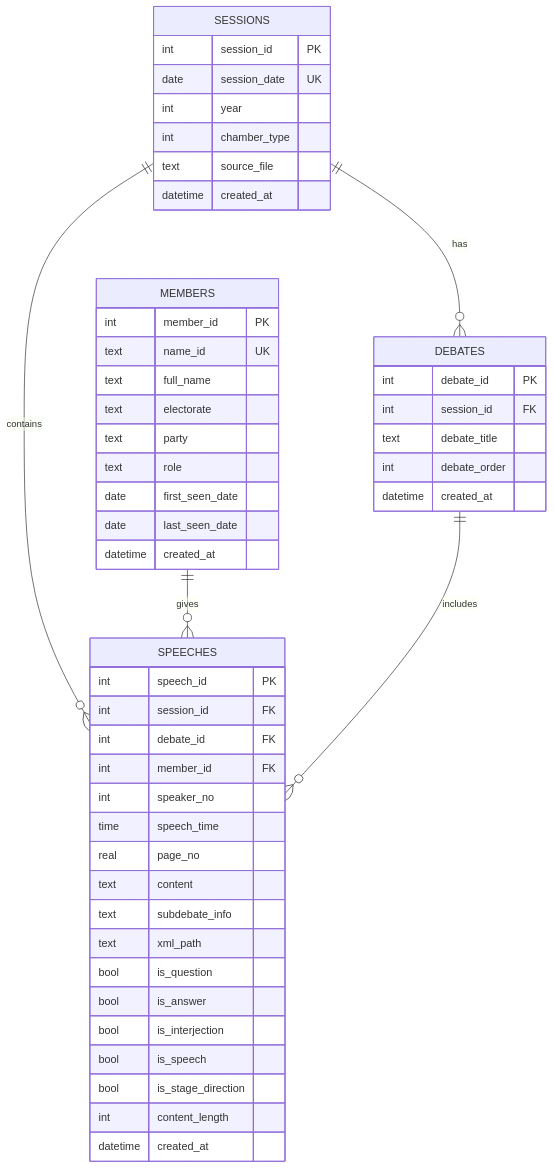
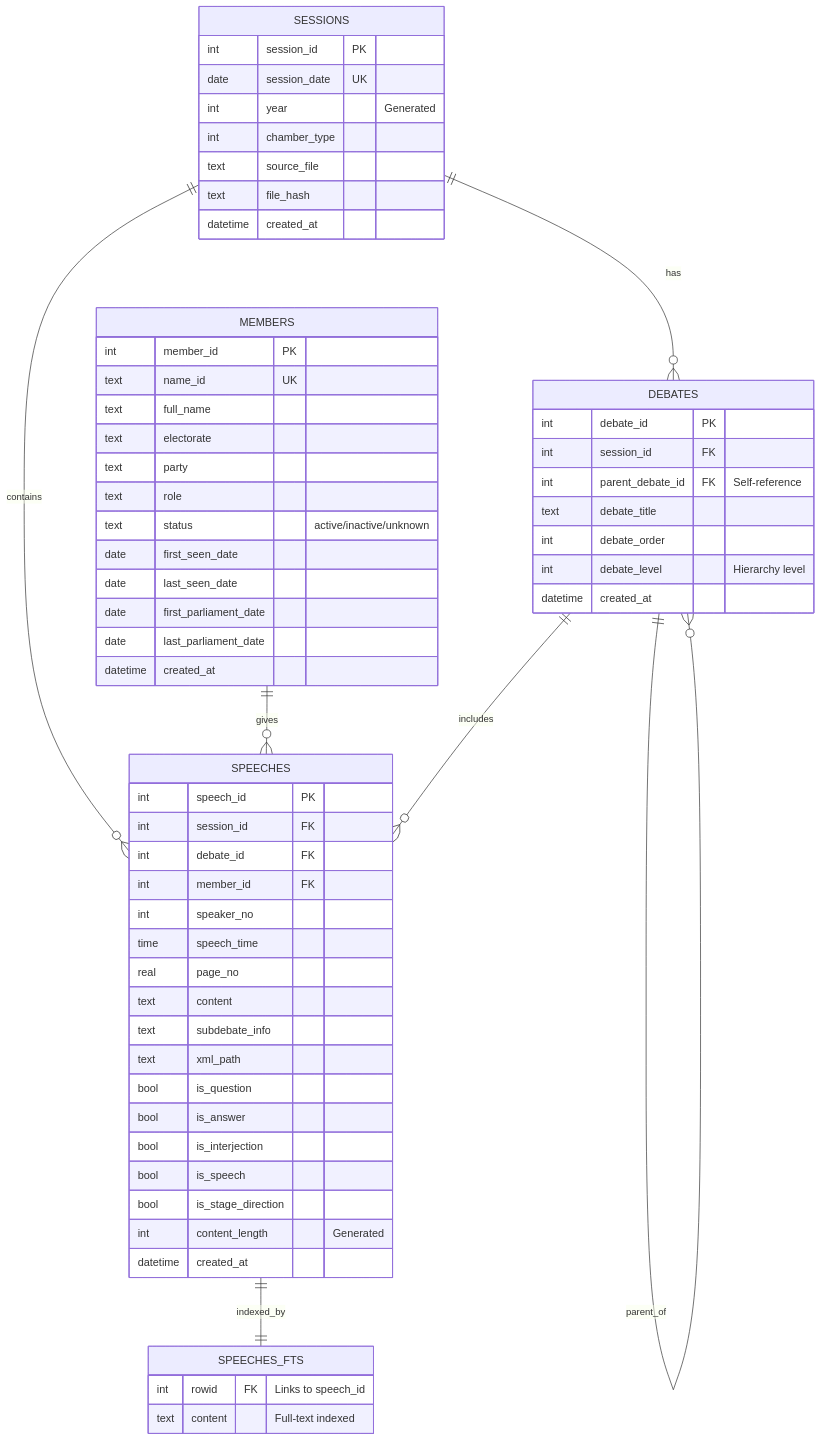
The first of 2 diagrams in README.Rmd (Australian-Parliamentary-Speech/hansardR), drawn with Mermaid before and after one commit. The commit also changed other lines of this file and 13 other files, not shown here.

Commit message:
Update database schema

````diff
--- a/README.Rmd
+++ b/README.Rmd
@@ -130,56 +136,69 @@
 ```mermaid
 erDiagram
     SESSIONS {
         int session_id PK
         date session_date UK
-        int year
+        int year "Generated"
         int chamber_type
         text source_file
+        text file_hash
         datetime created_at
     }
     
     MEMBERS {
         int member_id PK
         text name_id UK
         text full_name
         text electorate
         text party
         text role
+        text status "active/inactive/unknown"
         date first_seen_date
         date last_seen_date
+        date first_parliament_date
+        date last_parliament_date
         datetime created_at
     }
     
     DEBATES {
         int debate_id PK
         int session_id FK
+        int parent_debate_id FK "Self-reference"
         text debate_title
         int debate_order
+        int debate_level "Hierarchy level"
         datetime created_at
     }
     
     SPEECHES {
         int speech_id PK
         int session_id FK
         int debate_id FK
         int member_id FK
         int speaker_no
         time speech_time
         real page_no
         text content
         text subdebate_info
         text xml_path
         bool is_question
         bool is_answer
         bool is_interjection
         bool is_speech
         bool is_stage_direction
-        int content_length
+        int content_length "Generated"
         datetime created_at
+    }
+    
+    SPEECHES_FTS {
+        int rowid FK "Links to speech_id"
+        text content "Full-text indexed"
     }
 
     SESSIONS ||--o{ DEBATES : "has"
     SESSIONS ||--o{ SPEECHES : "contains"
     MEMBERS ||--o{ SPEECHES : "gives"
     DEBATES ||--o{ SPEECHES : "includes"
+    DEBATES ||--o{ DEBATES : "parent_of"
+    SPEECHES ||--|| SPEECHES_FTS : "indexed_by"
 ```
````
